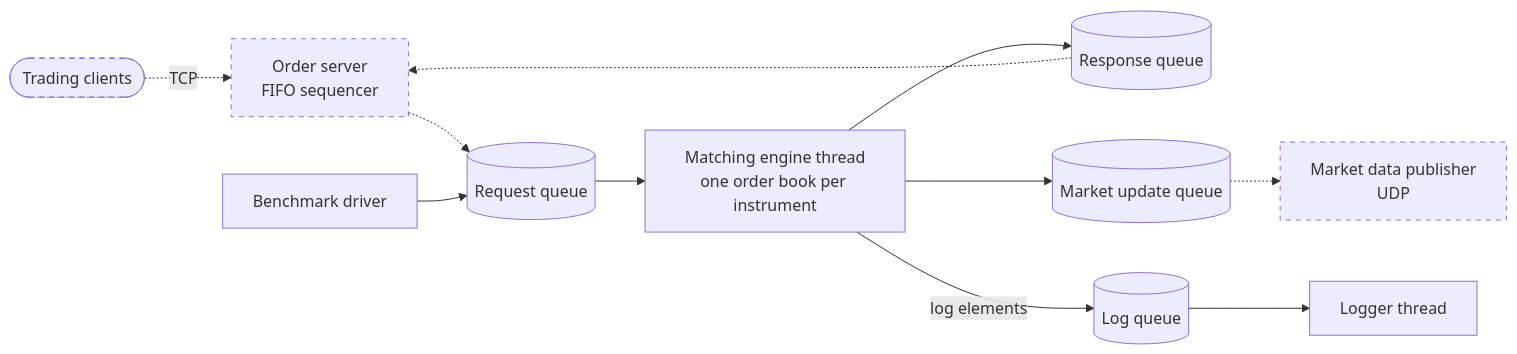
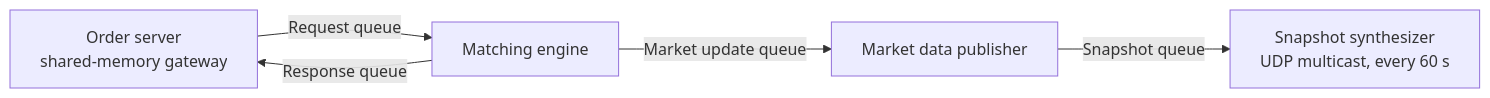
Before and after one commit to BurhanAkkus/Low-Latency-Trading-Exchange-CPP: the diagram in README.md, drawn with Mermaid. The commit also changed other lines of this file, not shown here.

````diff
--- a/README.md
+++ b/README.md
@@ -48,14 +19,8 @@
 ```mermaid
 flowchart LR
-    clients([Trading clients]) -. TCP .-> os[Order server<br/>FIFO sequencer]
-    os -.-> rq[(Request queue)]
-    bench[Benchmark driver] --> rq
-    rq --> me[Matching engine thread<br/>one order book per instrument]
-    me --> rs[(Response queue)]
-    me --> mu[(Market update queue)]
-    rs -.-> os
-    mu -.-> mdp[Market data publisher<br/>UDP]
-    me -- log elements --> lq[(Log queue)] --> log[Logger thread]
-    classDef planned stroke-dasharray: 5 5
-    class clients,os,mdp planned
+    os[Order server<br/>shared-memory gateway]
+    me[Matching engine] -- Response queue --> os
+    os -- Request queue --> me
+    me -- Market update queue --> mdp[Market data publisher]
+    mdp -- Snapshot queue --> ss[Snapshot synthesizer<br/>UDP multicast, every 60 s]
 ```
````
